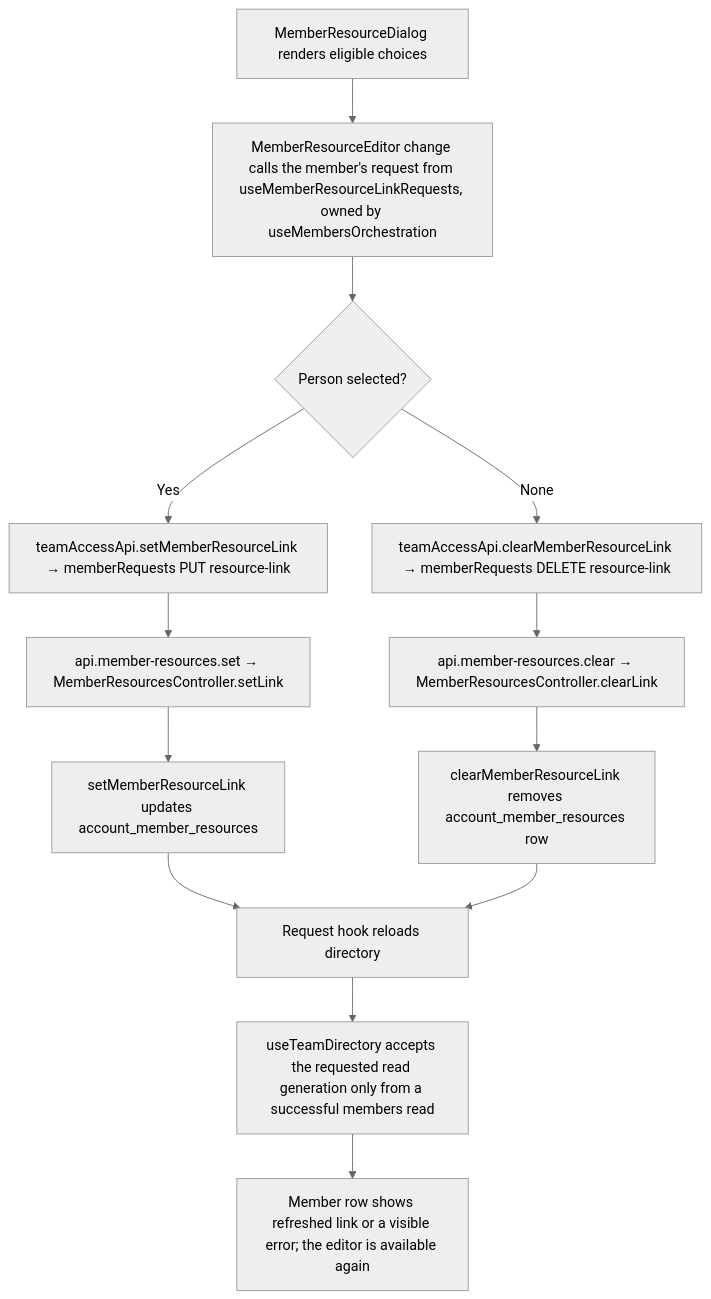
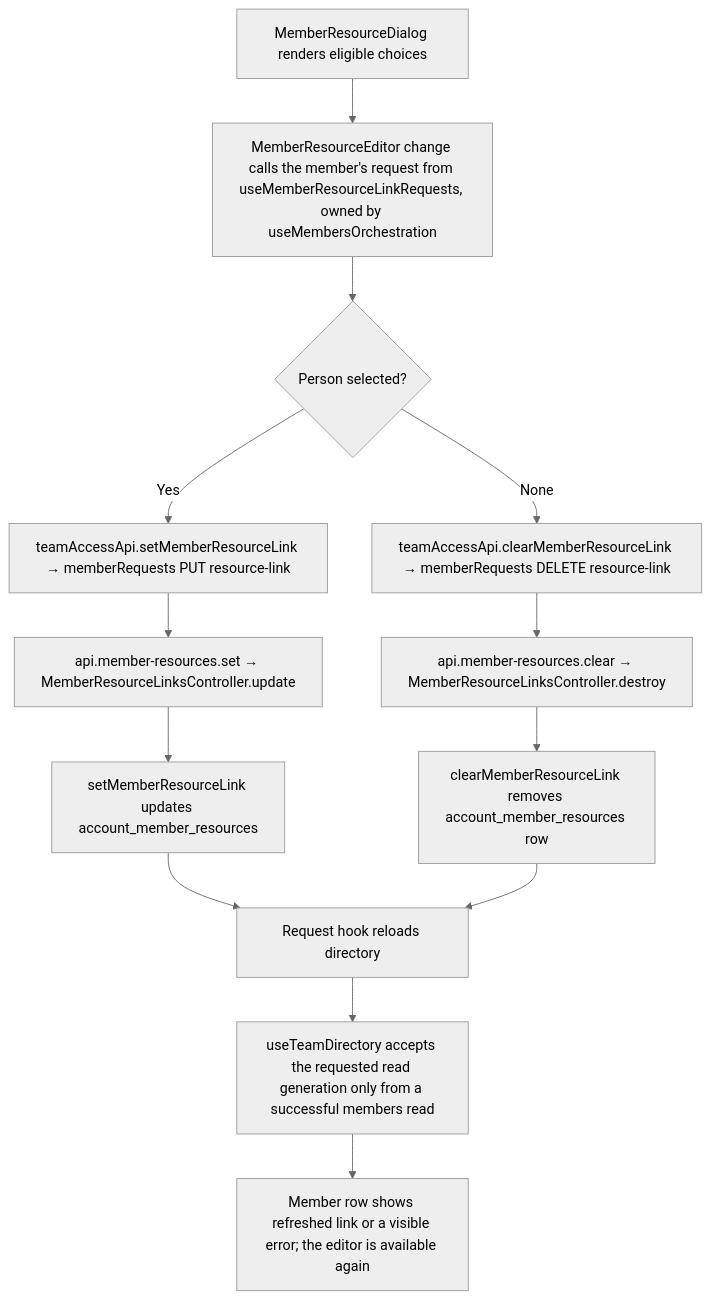
One commit to Kevinjohn/capacitylens changed the second of 2 diagrams in user-stories/team/US-TEAM-07-link-resource.md. Above: the diagram before and after it, drawn with Mermaid (neutral theme). The commit also changed other lines of this file and 139 other files, not shown here.

````diff
--- a/user-stories/team/US-TEAM-07-link-resource.md
+++ b/user-stories/team/US-TEAM-07-link-resource.md
@@ -35,15 +35,15 @@
 ```mermaid
 flowchart TD
     Dialog["MemberResourceDialog renders eligible choices"] --> Select["MemberResourceEditor change calls the member's request from useMemberResourceLinkRequests, owned by useMembersOrchestration"]
     Select --> Choose{"Person selected?"}
     Choose -->|"Yes"| SetClient["teamAccessApi.setMemberResourceLink → memberRequests PUT resource-link"]
-    SetClient --> SetRoute["api.member-resources.set → MemberResourcesController.setLink"]
+    SetClient --> SetRoute["api.member-resources.set → MemberResourceLinksController.update"]
     SetRoute --> SetLink["setMemberResourceLink updates account_member_resources"]
     Choose -->|"None"| ClearClient["teamAccessApi.clearMemberResourceLink → memberRequests DELETE resource-link"]
-    ClearClient --> ClearRoute["api.member-resources.clear → MemberResourcesController.clearLink"]
+    ClearClient --> ClearRoute["api.member-resources.clear → MemberResourceLinksController.destroy"]
     ClearRoute --> ClearLink["clearMemberResourceLink removes account_member_resources row"]
     SetLink --> Reload["Request hook reloads directory"]
     ClearLink --> Reload
     Reload --> Fence["useTeamDirectory accepts the requested read generation only from a successful members read"]
     Fence --> Row["Member row shows refreshed link or a visible error; the editor is available again"]
 ```
````
